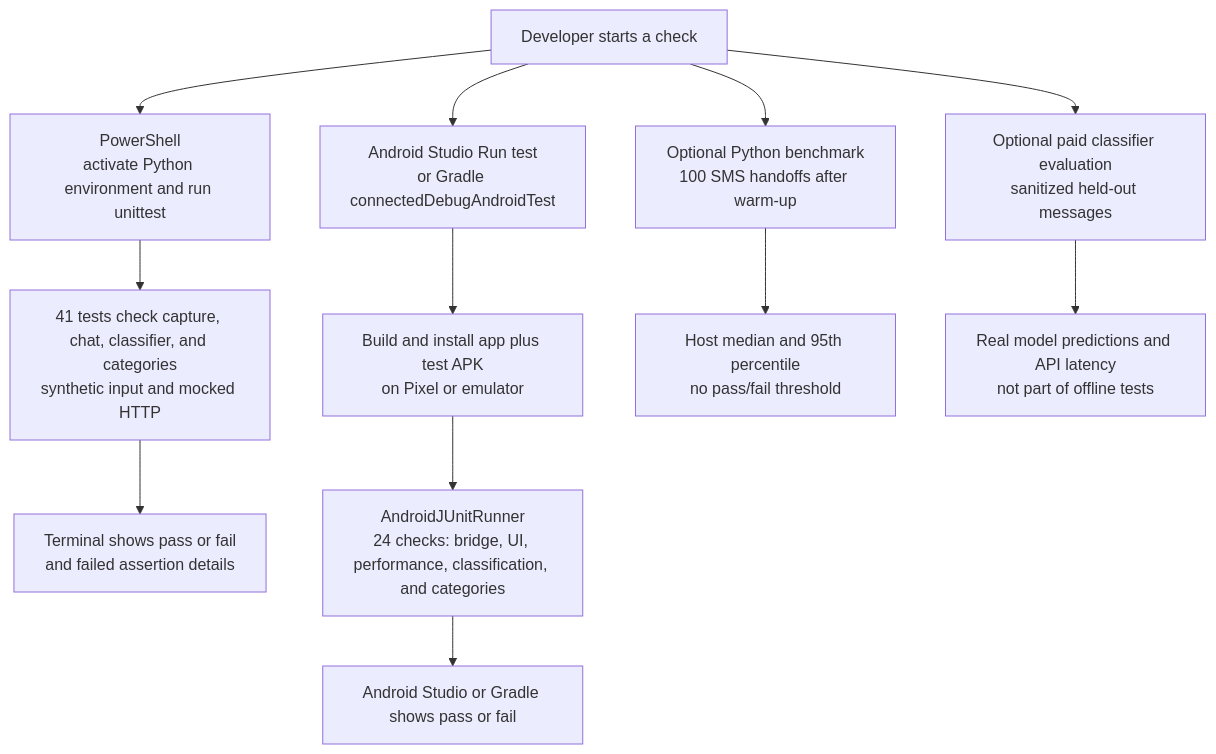
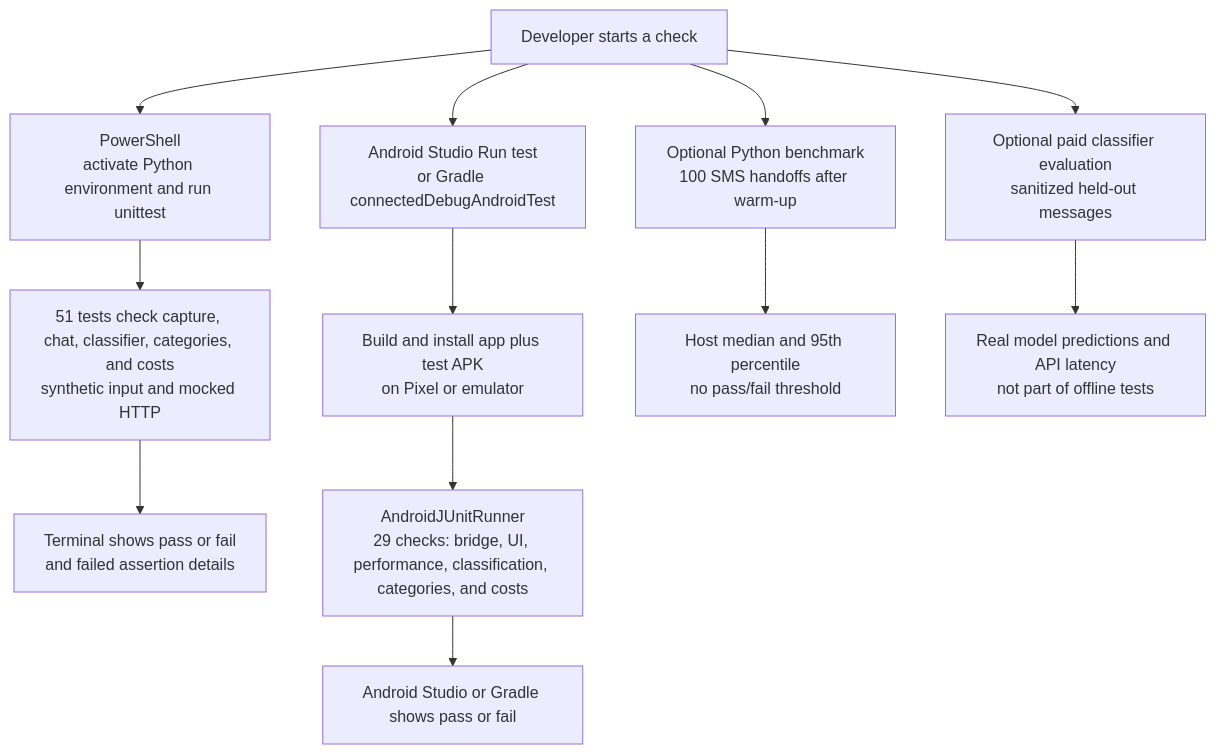
One commit to Abijith97/expense-tracker-with-mcp changed the second of 3 diagrams in README.md. Above: the diagram before and after it, drawn with Mermaid. The commit also changed other lines of this file and 21 other files, not shown here.

````diff
--- a/README.md
+++ b/README.md
@@ -177,17 +192,17 @@
 ```mermaid
 flowchart TB
     Developer[Developer starts a check]
     Developer --> Shell[PowerShell<br/>activate Python environment and run unittest]
-    Shell --> UnitTests[41 tests check capture, chat, classifier, and categories<br/>synthetic input and mocked HTTP]
+    Shell --> UnitTests[51 tests check capture, chat, classifier, categories, and costs<br/>synthetic input and mocked HTTP]
     UnitTests --> Terminal[Terminal shows pass or fail<br/>and failed assertion details]
 
     Developer --> Studio[Android Studio Run test<br/>or Gradle connectedDebugAndroidTest]
     Studio --> Install[Build and install app plus test APK<br/>on Pixel or emulator]
-    Install --> Runner[AndroidJUnitRunner<br/>24 checks: bridge, UI, performance, classification, and categories]
+    Install --> Runner[AndroidJUnitRunner<br/>29 checks: bridge, UI, performance, classification, categories, and costs]
     Runner --> Results[Android Studio or Gradle shows pass or fail]
 
     Developer --> Benchmark[Optional Python benchmark<br/>100 SMS handoffs after warm-up]
     Benchmark --> Timing[Host median and 95th percentile<br/>no pass/fail threshold]
     Developer --> LiveEval[Optional paid classifier evaluation<br/>sanitized held-out messages]
     LiveEval --> Accuracy[Real model predictions and API latency<br/>not part of offline tests]
 ```
````
